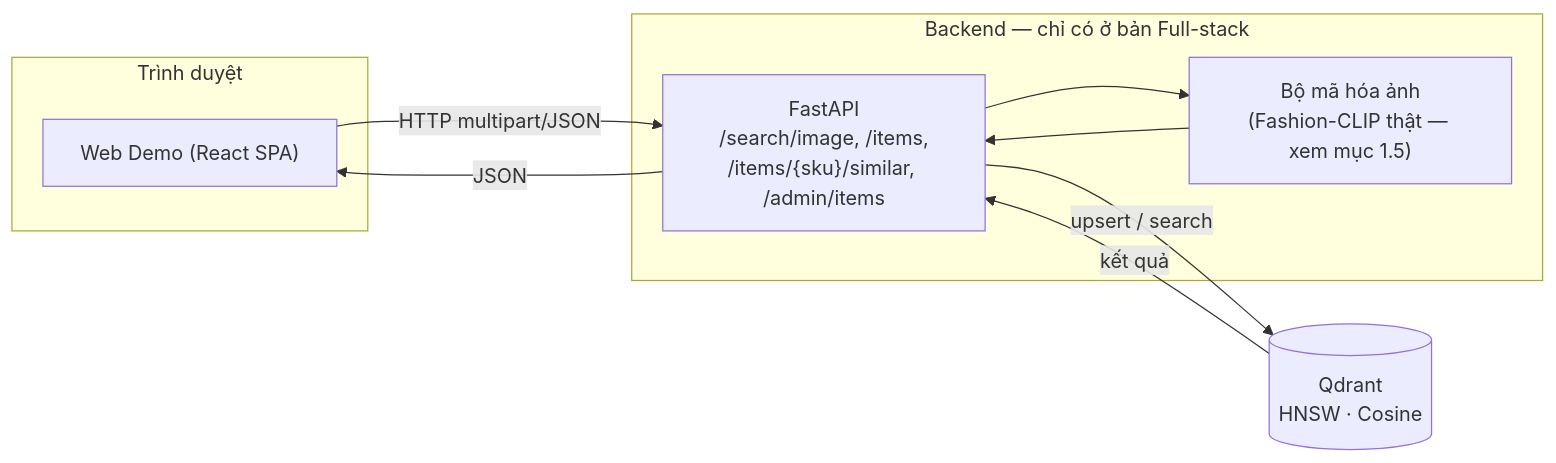
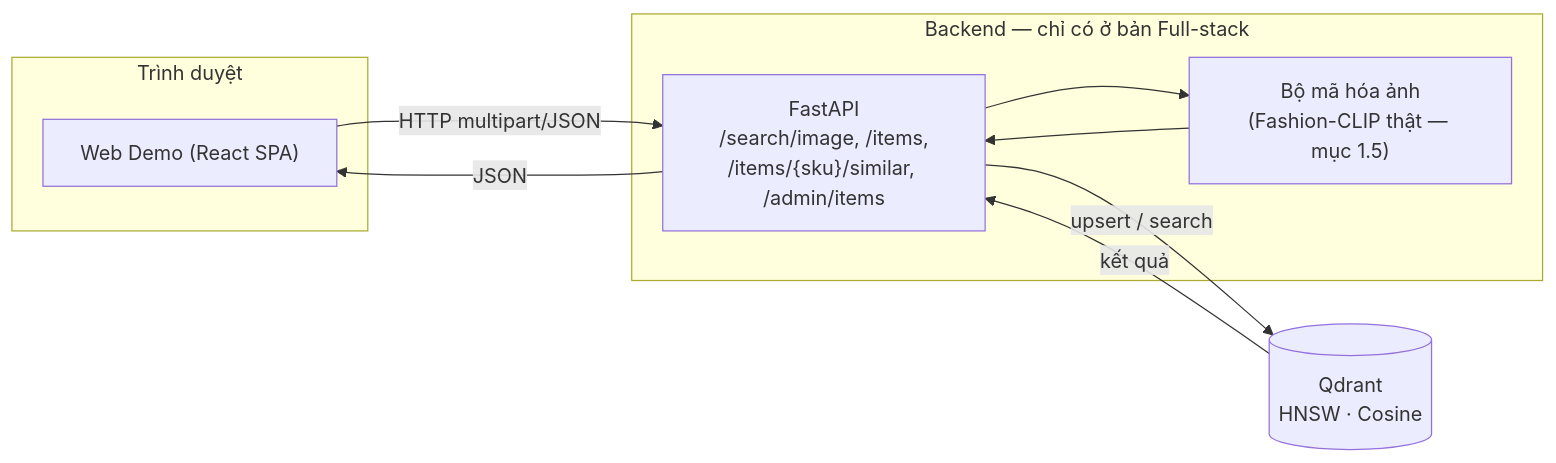
Before and after one commit to hotdua147/SoftwareEngineering: the first of 5 diagrams in README.md, drawn with Mermaid. The commit also changed other lines of this file, not shown here.

````diff
--- a/README.md
+++ b/README.md
@@ -172,20 +95,20 @@
 ```mermaid
 flowchart LR
     subgraph Client["Trình duyệt"]
         WEB["Web Demo (React SPA)"]
     end
 
     subgraph Server["Backend — chỉ có ở bản Full-stack"]
         API["FastAPI<br/>/search/image, /items,<br/>/items/{sku}/similar, /admin/items"]
-        ENC["Bộ mã hóa ảnh<br/>(Fashion-CLIP thật — xem mục 1.5)"]
+        ENC["Bộ mã hóa ảnh<br/>(Fashion-CLIP thật — mục 1.5)"]
         API --> ENC
         ENC --> API
     end
 
     DB[("Qdrant<br/>HNSW · Cosine")]
 
     WEB -- "HTTP multipart/JSON" --> API
     API -- "JSON" --> WEB
     API -- "upsert / search" --> DB
     DB -- "kết quả" --> API
 ```
````
